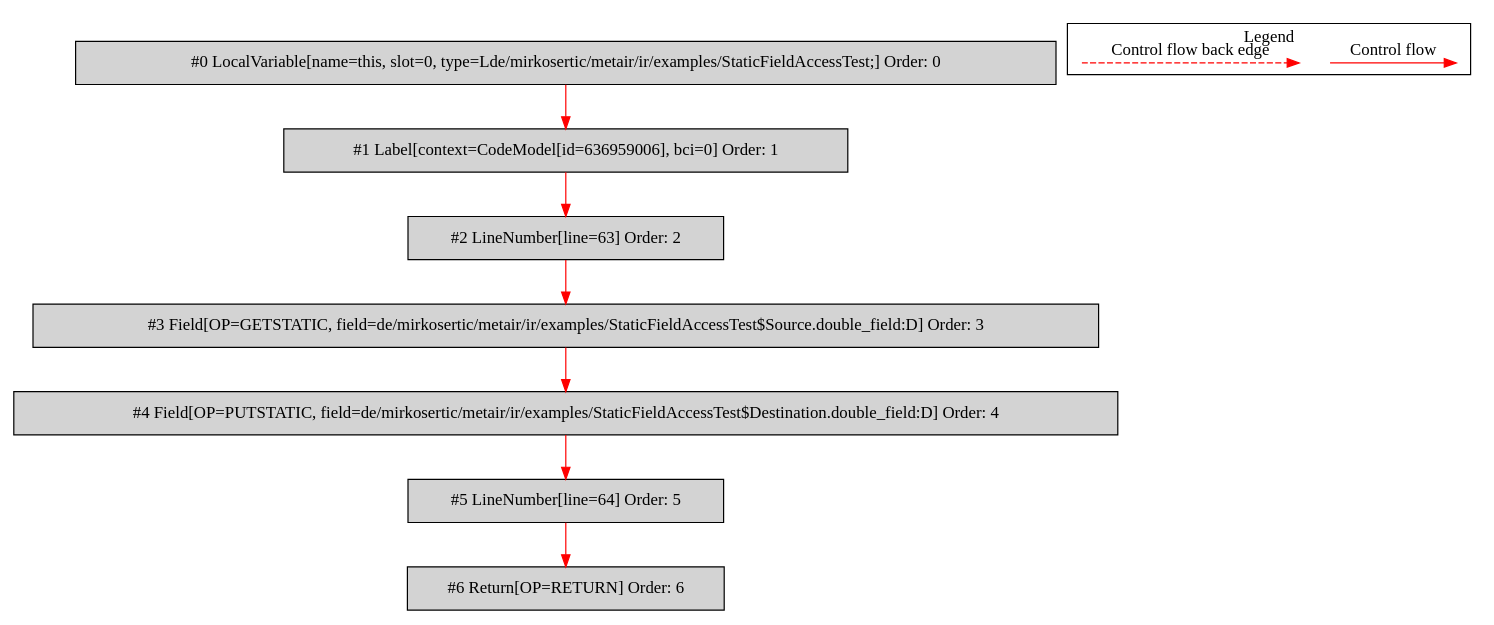
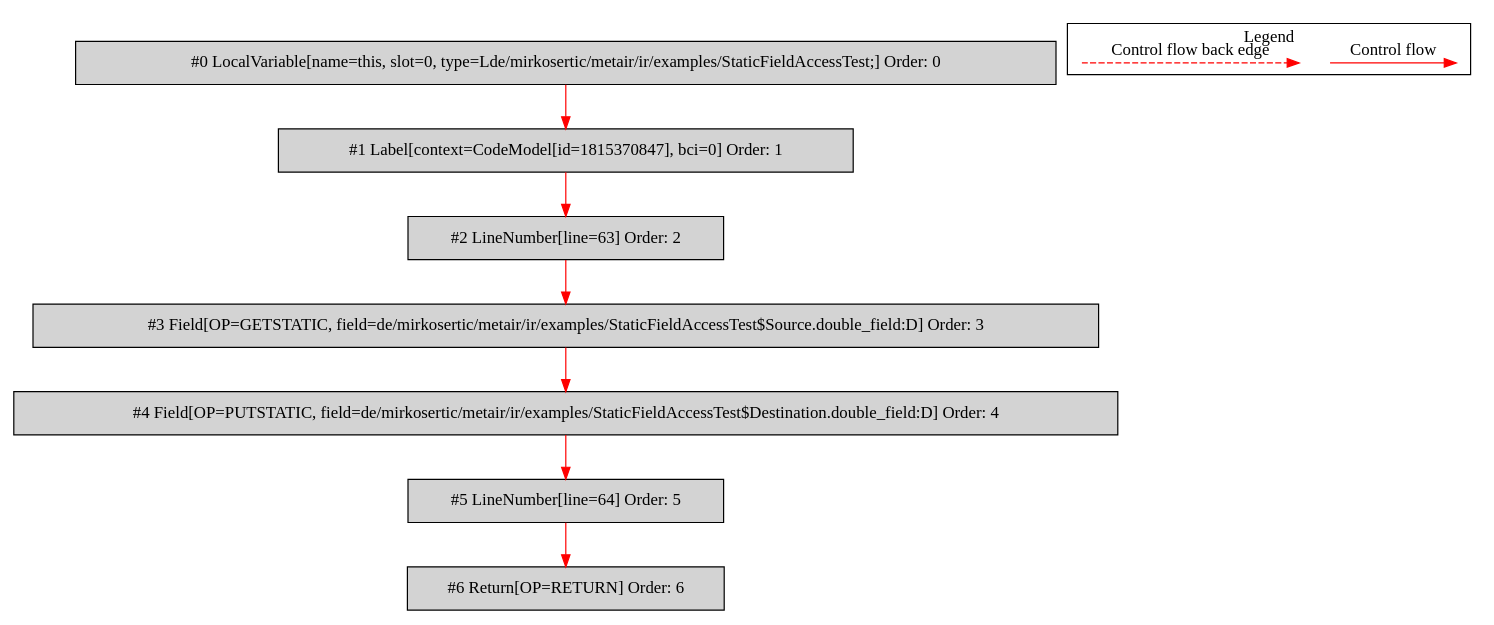
One commit to mirkosertic/MetaIR changed the diagram in de.mirkosertic.metair.ir.examples.StaticFieldAccessTest/copy_double/bytecodecfg.dot. Above: the diagram before and after it, drawn with Graphviz. The commit also changed 77 other files, not shown here.

```diff
--- a/de.mirkosertic.metair.ir.examples.StaticFieldAccessTest/copy_double/bytecodecfg.dot
+++ b/de.mirkosertic.metair.ir.examples.StaticFieldAccessTest/copy_double/bytecodecfg.dot
@@ -1,29 +1,29 @@
 digraph {
  node0[label="#0 LocalVariable[name=this, slot=0, type=Lde/mirkosertic/metair/ir/examples/StaticFieldAccessTest;] Order: 0", shape=box, fillcolor=lightgrey, style=filled];
- node1[label="#1 Label[context=CodeModel[id=636959006], bci=0] Order: 1", shape=box, fillcolor=lightgrey, style=filled];
+ node1[label="#1 Label[context=CodeModel[id=1815370847], bci=0] Order: 1", shape=box, fillcolor=lightgrey, style=filled];
  node2[label="#2 LineNumber[line=63] Order: 2", shape=box, fillcolor=lightgrey, style=filled];
  node3[label="#3 Field[OP=GETSTATIC, field=de/mirkosertic/metair/ir/examples/StaticFieldAccessTest$Source.double_field:D] Order: 3", shape=box, fillcolor=lightgrey, style=filled];
  node4[label="#4 Field[OP=PUTSTATIC, field=de/mirkosertic/metair/ir/examples/StaticFieldAccessTest$Destination.double_field:D] Order: 4", shape=box, fillcolor=lightgrey, style=filled];
  node5[label="#5 LineNumber[line=64] Order: 5", shape=box, fillcolor=lightgrey, style=filled];
  node6[label="#6 Return[OP=RETURN] Order: 6", shape=box, fillcolor=lightgrey, style=filled];
  node0 -> node1[color=red];
  node1 -> node2[color=red];
  node2 -> node3[color=red];
  node3 -> node4[color=red];
  node4 -> node5[color=red];
  node5 -> node6[color=red];
  subgraph cluster_000 {
   label = "Legend";
   node [shape=point]
   {
    rank=same;
    c0 [style = invis];
    c1 [style = invis];
    c2 [style = invis];
    c3 [style = invis];
   }
   c0 -> c1 [label="Control flow", style=solid, color=red]
   c2 -> c3 [label="Control flow back edge", style=dashed, color=red]
  }
 
 }
```
